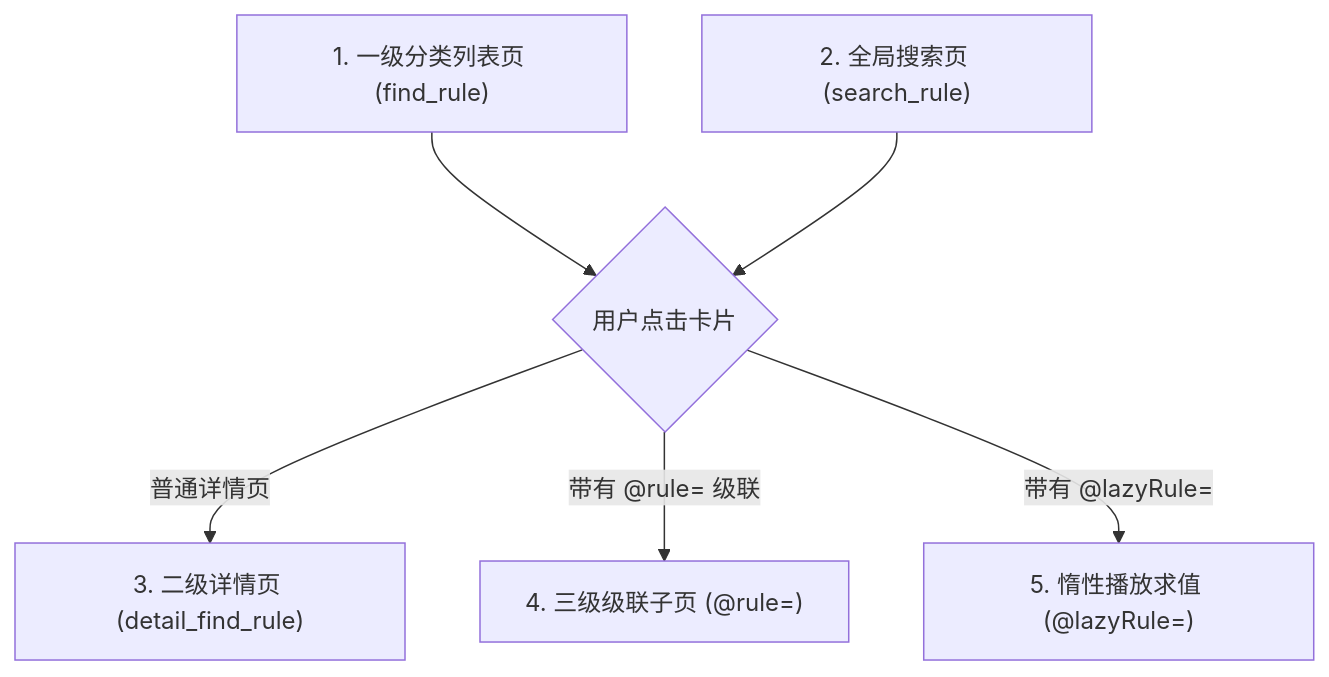
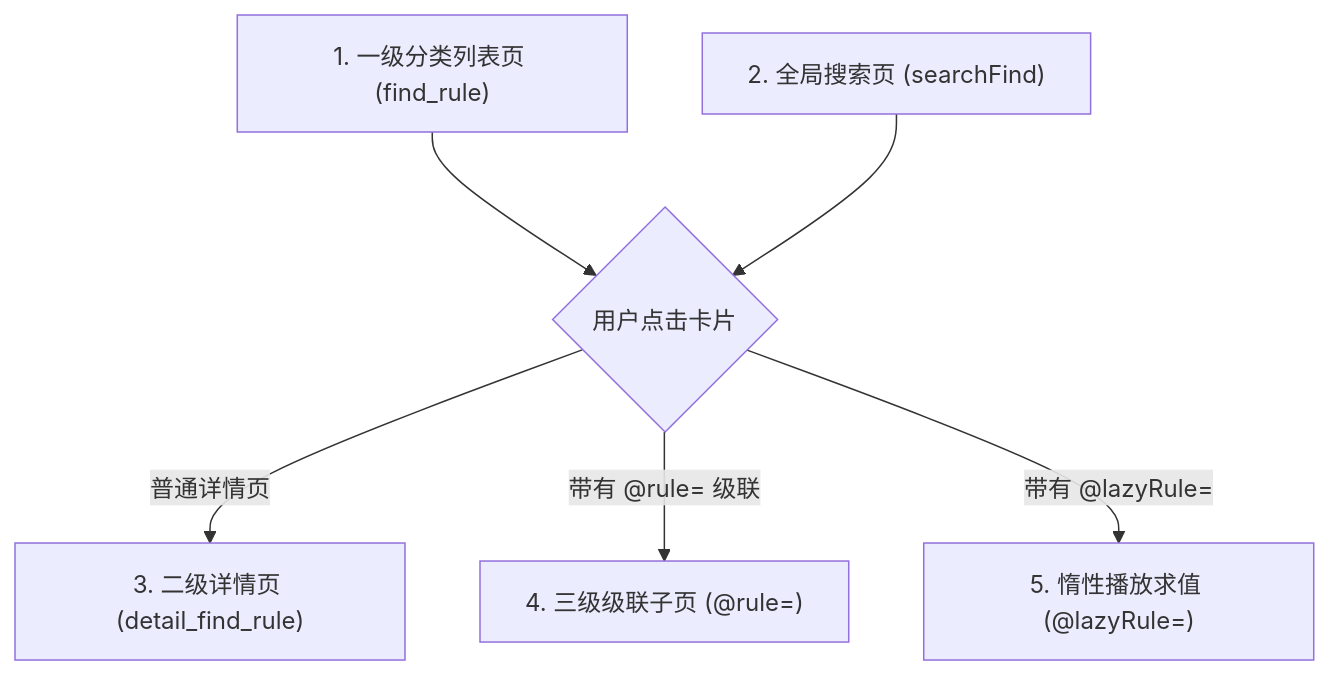
One commit to Mowen559/superagent changed the diagram in skills/deepcloud-rule-engineer/references/hiker-api-lifecycle.md. Above: the diagram before and after it, drawn with Mermaid. The commit also changed other lines of this file and 409 other files, not shown here.

````diff
--- a/skills/deepcloud-rule-engineer/references/hiker-api-lifecycle.md
+++ b/skills/deepcloud-rule-engineer/references/hiker-api-lifecycle.md
@@ -12,8 +12,8 @@
 ```mermaid
 flowchart TD
     Home["1. 一级分类列表页 (find_rule)"] --> ClickCard{"用户点击卡片"}
     ClickCard -- "普通详情页" --> Detail["3. 二级详情页 (detail_find_rule)"]
     ClickCard -- "带有 @rule= 级联" --> Cascade["4. 三级级联子页 (@rule=)"]
     ClickCard -- "带有 @lazyRule=" --> Lazy["5. 惰性播放求值 (@lazyRule=)"]
-    GlobalSearch["2. 全局搜索页 (search_rule)"] --> ClickCard
+    GlobalSearch["2. 全局搜索页 (searchFind)"] --> ClickCard
 ```
````
